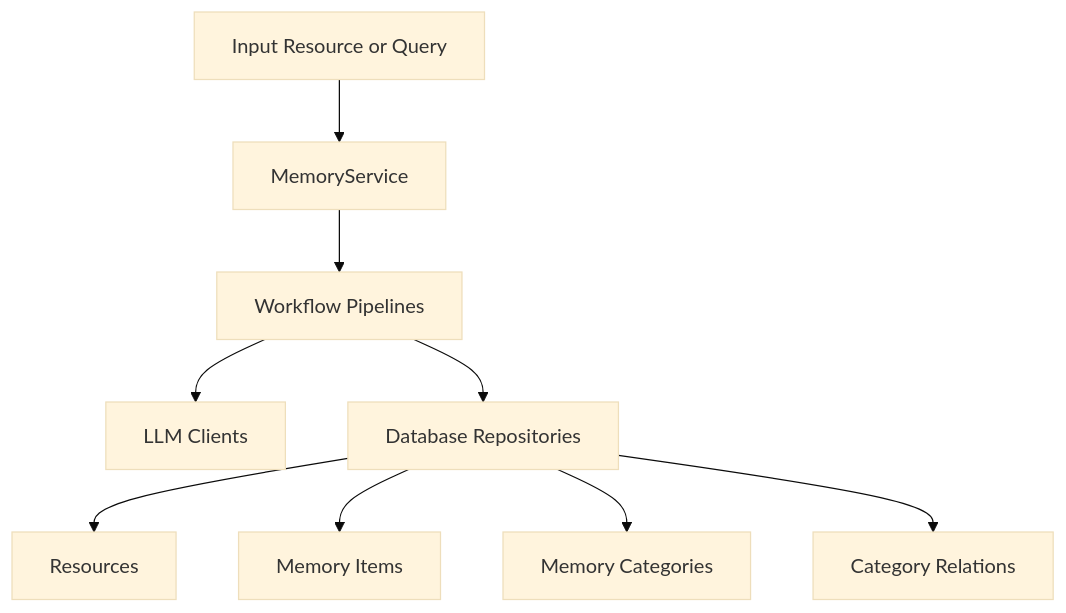
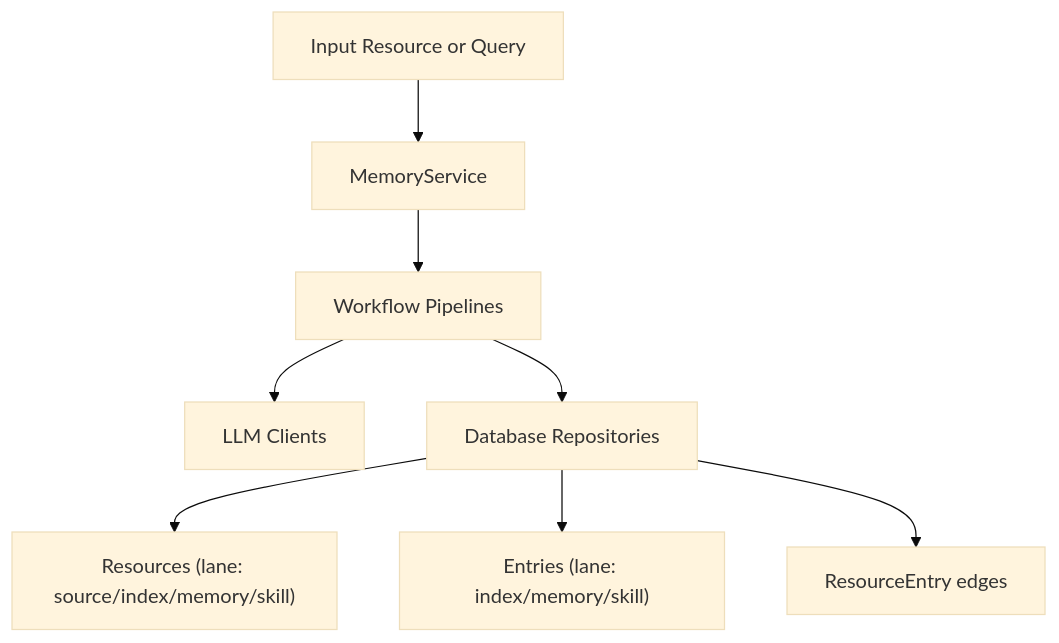
The diagram in docs/architecture.md (NevaMind-AI/memU), drawn with Mermaid (base theme) before and after one commit. The commit also changed other lines of this file and 67 other files, not shown here.

First line of the commit message:
refactor(database,app): unify INDEX/MEMORY/SKILL on Resource + Entry backbone

````diff
--- a/docs/architecture.md
+++ b/docs/architecture.md
@@ -20,11 +31,10 @@
 ```mermaid
 flowchart TD
   A["Input Resource or Query"] --> B["MemoryService"]
   B --> C["Workflow Pipelines"]
   C --> D["LLM Clients"]
   C --> E["Database Repositories"]
-  E --> F["Resources"]
-  E --> G["Memory Items"]
-  E --> H["Memory Categories"]
-  E --> I["Category Relations"]
+  E --> F["Resources (lane: source/index/memory/skill)"]
+  E --> G["Entries (lane: index/memory/skill)"]
+  E --> I["ResourceEntry edges"]
 ```
````
